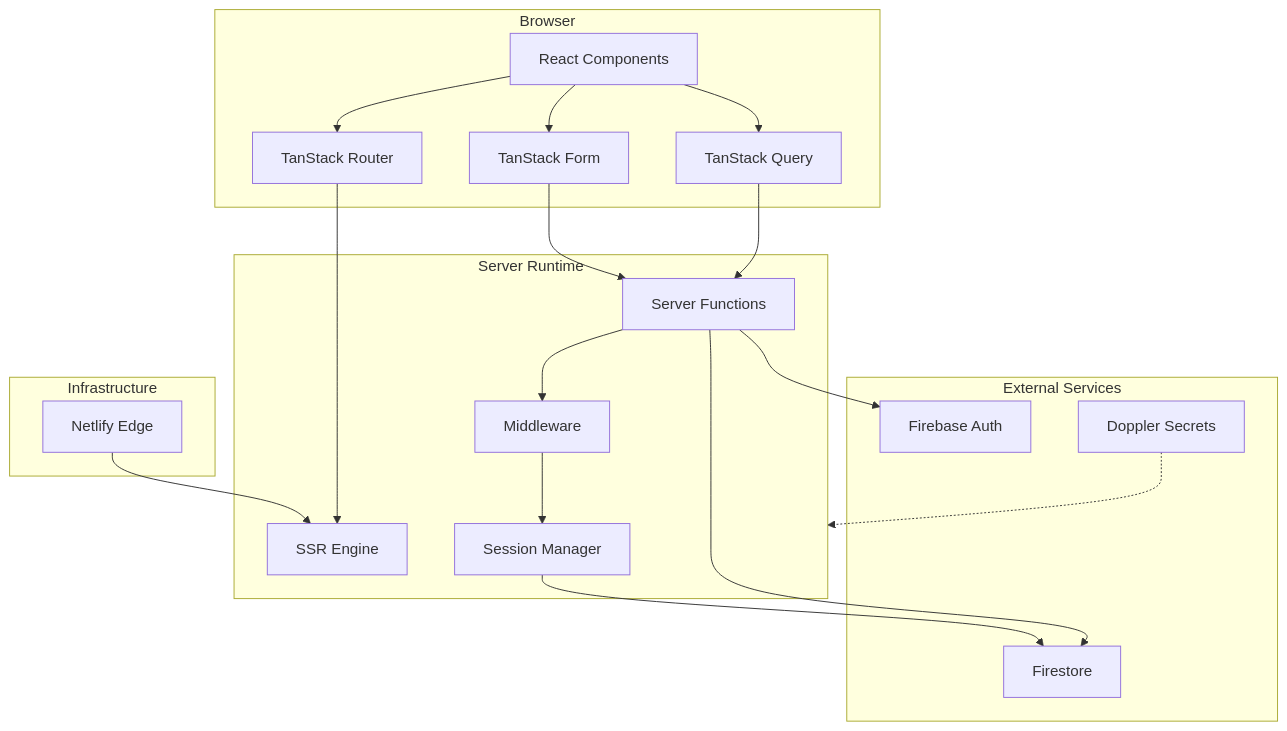
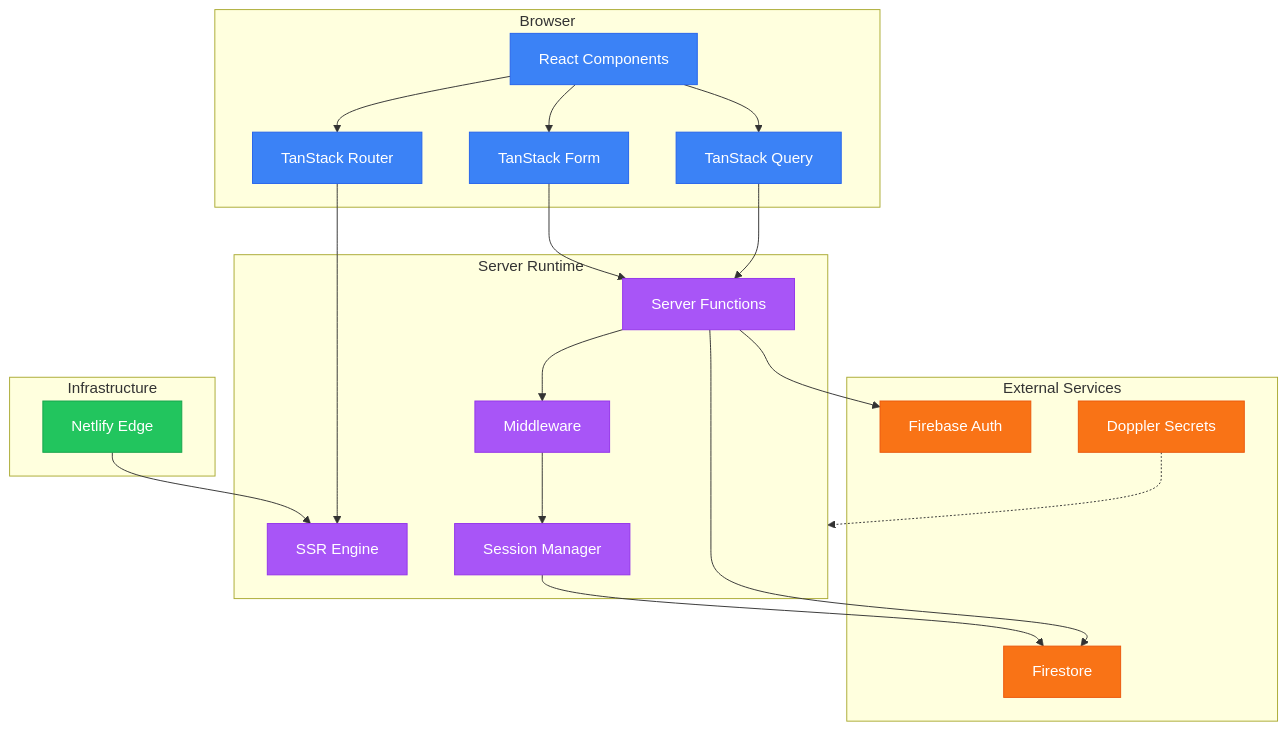
One commit to Natural-Highs/live changed the first of 3 diagrams in docs/project/02-architecture.md. Above: the diagram before and after it, drawn with Mermaid. The commit also changed other lines of this file and 11 other files, not shown here.

````diff
--- a/docs/project/02-architecture.md
+++ b/docs/project/02-architecture.md
@@ -7,40 +7,53 @@
 ```mermaid
 flowchart TB
     subgraph CLIENT["Browser"]
         UI[React Components]
         ROUTER[TanStack Router]
         QUERY[TanStack Query]
         FORM[TanStack Form]
     end
 
     subgraph SERVER["Server Runtime"]
         SSR[SSR Engine]
         SF[Server Functions]
         MW[Middleware]
         SESSION[Session Manager]
     end
 
     subgraph EXTERNAL["External Services"]
         FB_AUTH[Firebase Auth]
         FIRESTORE[Firestore]
         DOPPLER[Doppler Secrets]
     end
 
     subgraph INFRA["Infrastructure"]
         NETLIFY[Netlify Edge]
     end
 
     UI --> ROUTER
     UI --> QUERY
     UI --> FORM
     ROUTER --> SSR
     QUERY --> SF
     FORM --> SF
     SF --> MW
     MW --> SESSION
     SF --> FB_AUTH
     SF --> FIRESTORE
     SESSION --> FIRESTORE
     NETLIFY --> SSR
     DOPPLER -.-> SERVER
+
+    style UI fill:#3b82f6,stroke:#2563eb,color:#fff
+    style ROUTER fill:#3b82f6,stroke:#2563eb,color:#fff
+    style QUERY fill:#3b82f6,stroke:#2563eb,color:#fff
+    style FORM fill:#3b82f6,stroke:#2563eb,color:#fff
+    style SSR fill:#a855f7,stroke:#9333ea,color:#fff
+    style SF fill:#a855f7,stroke:#9333ea,color:#fff
+    style MW fill:#a855f7,stroke:#9333ea,color:#fff
+    style SESSION fill:#a855f7,stroke:#9333ea,color:#fff
+    style FB_AUTH fill:#f97316,stroke:#ea580c,color:#fff
+    style FIRESTORE fill:#f97316,stroke:#ea580c,color:#fff
+    style DOPPLER fill:#f97316,stroke:#ea580c,color:#fff
+    style NETLIFY fill:#22c55e,stroke:#16a34a,color:#fff
 ```
````
